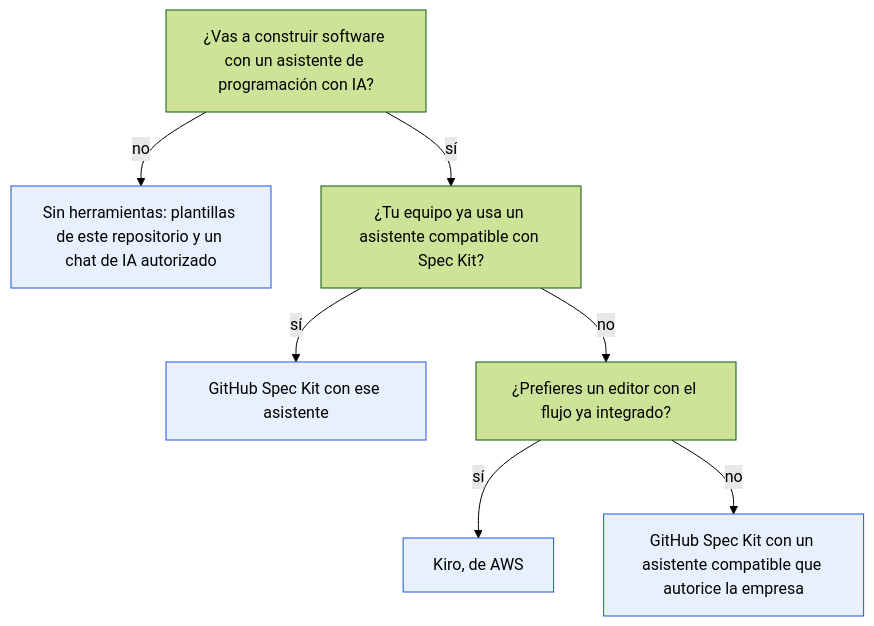
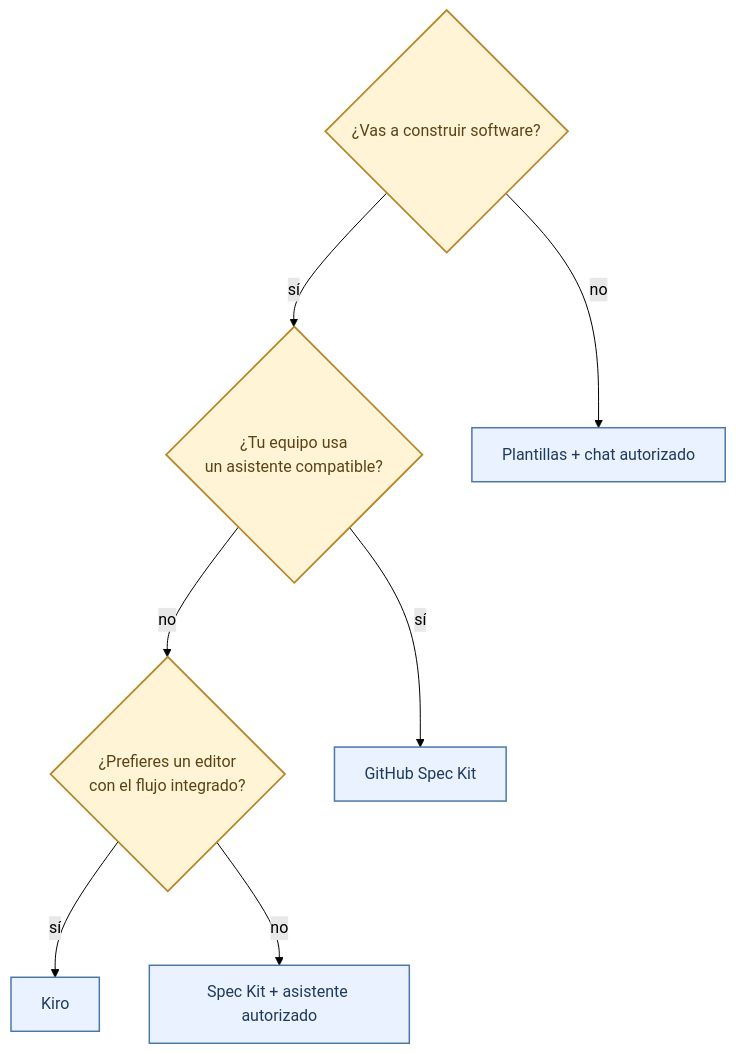
The diagram in docs/07-herramientas.md (antroc/charla-sdd), drawn with Mermaid (forest theme) before and after one commit. The commit also changed 3 other files, not shown here.

Commit message:
Unificar los diagramas de entrada y herramientas

````diff
--- a/docs/07-herramientas.md
+++ b/docs/07-herramientas.md
@@ -27,18 +27,23 @@
 ```mermaid
-flowchart TD
-  Q1["¿Vas a construir software con un asistente de programación con IA?"]
-  SIN["Sin herramientas: plantillas de este repositorio y un chat de IA autorizado"]
-  Q2["¿Tu equipo ya usa un asistente compatible con Spec Kit?"]
-  SK["GitHub Spec Kit con ese asistente"]
-  Q3["¿Prefieres un editor con el flujo ya integrado?"]
-  KIRO["Kiro, de AWS"]
-  SK2["GitHub Spec Kit con un asistente compatible que autorice la empresa"]
+flowchart TB
+  Q1{"¿Vas a construir software?"}
+  Q2{"¿Tu equipo usa<br/>un asistente compatible?"}
+  Q3{"¿Prefieres un editor<br/>con el flujo integrado?"}
+
+  SIN["Plantillas + chat autorizado"]
+  SK["GitHub Spec Kit"]
+  KIRO["Kiro"]
+  OTRO["Spec Kit + asistente autorizado"]
+
   Q1 -->|"no"| SIN
   Q1 -->|"sí"| Q2
   Q2 -->|"sí"| SK
   Q2 -->|"no"| Q3
   Q3 -->|"sí"| KIRO
-  Q3 -->|"no"| SK2
-  classDef opcion fill:#E8F0FE,stroke:#1A56DB;
-  class SIN,SK,KIRO,SK2 opcion;
+  Q3 -->|"no"| OTRO
+
+  classDef question fill:#FFF4D6,stroke:#B8872D,stroke-width:1.8px,color:#5A4315;
+  classDef option fill:#EAF2FF,stroke:#4C78A8,stroke-width:1.5px,color:#1F3B5B;
+  class Q1,Q2,Q3 question;
+  class SIN,SK,KIRO,OTRO option;
 ```
````
